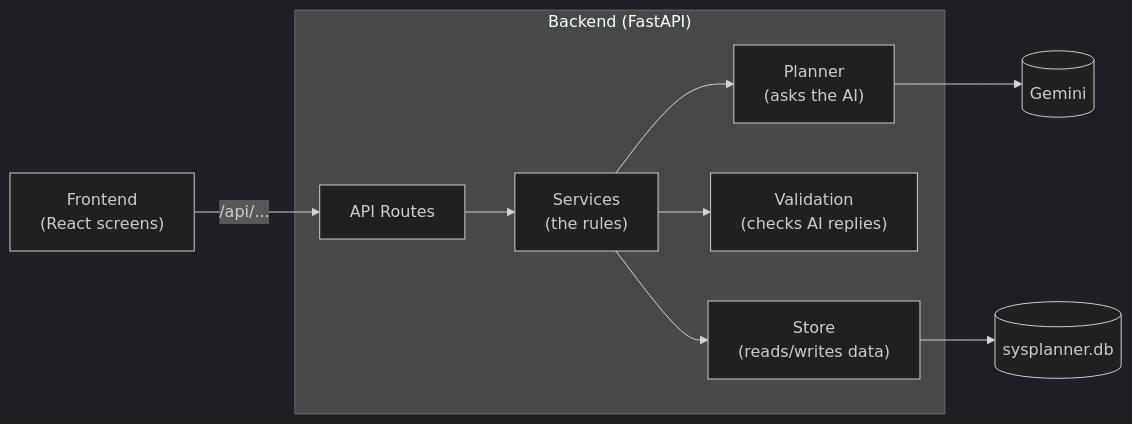
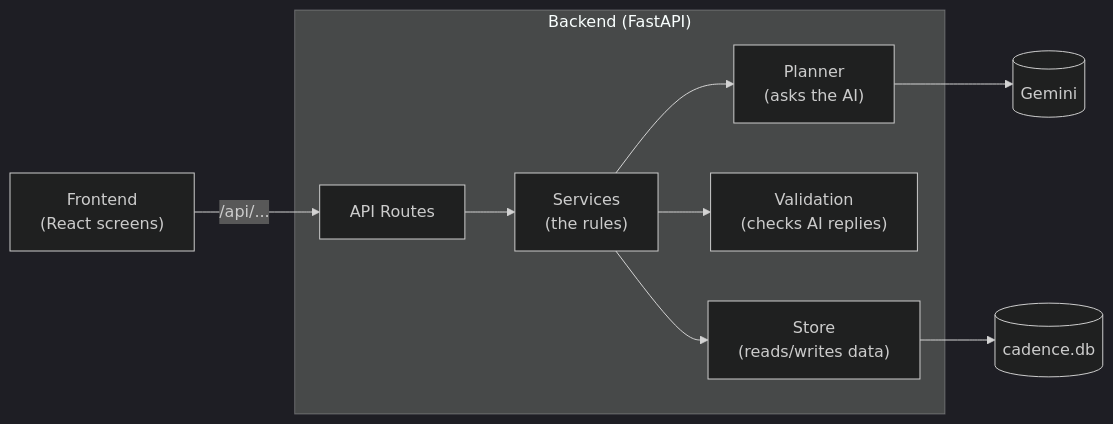
Before and after one commit to asharmalik19/cadence: the second of 2 diagrams in devpost/spec.md, drawn with Mermaid (dark theme). The commit also changed other lines of this file and 15 other files, not shown here.

````diff
--- a/devpost/spec.md
+++ b/devpost/spec.md
@@ -138,12 +138,12 @@
 ```mermaid
 flowchart LR
   UI["Frontend<br/>(React screens)"] -- "/api/..." --> R
   subgraph Backend ["Backend (FastAPI)"]
     R["API Routes"] --> S["Services<br/>(the rules)"]
     S --> P["Planner<br/>(asks the AI)"]
     S --> V["Validation<br/>(checks AI replies)"]
     S --> D["Store<br/>(reads/writes data)"]
   end
   P --> G[("Gemini")]
-  D --> F[("sysplanner.db")]
+  D --> F[("cadence.db")]
 ```
````
